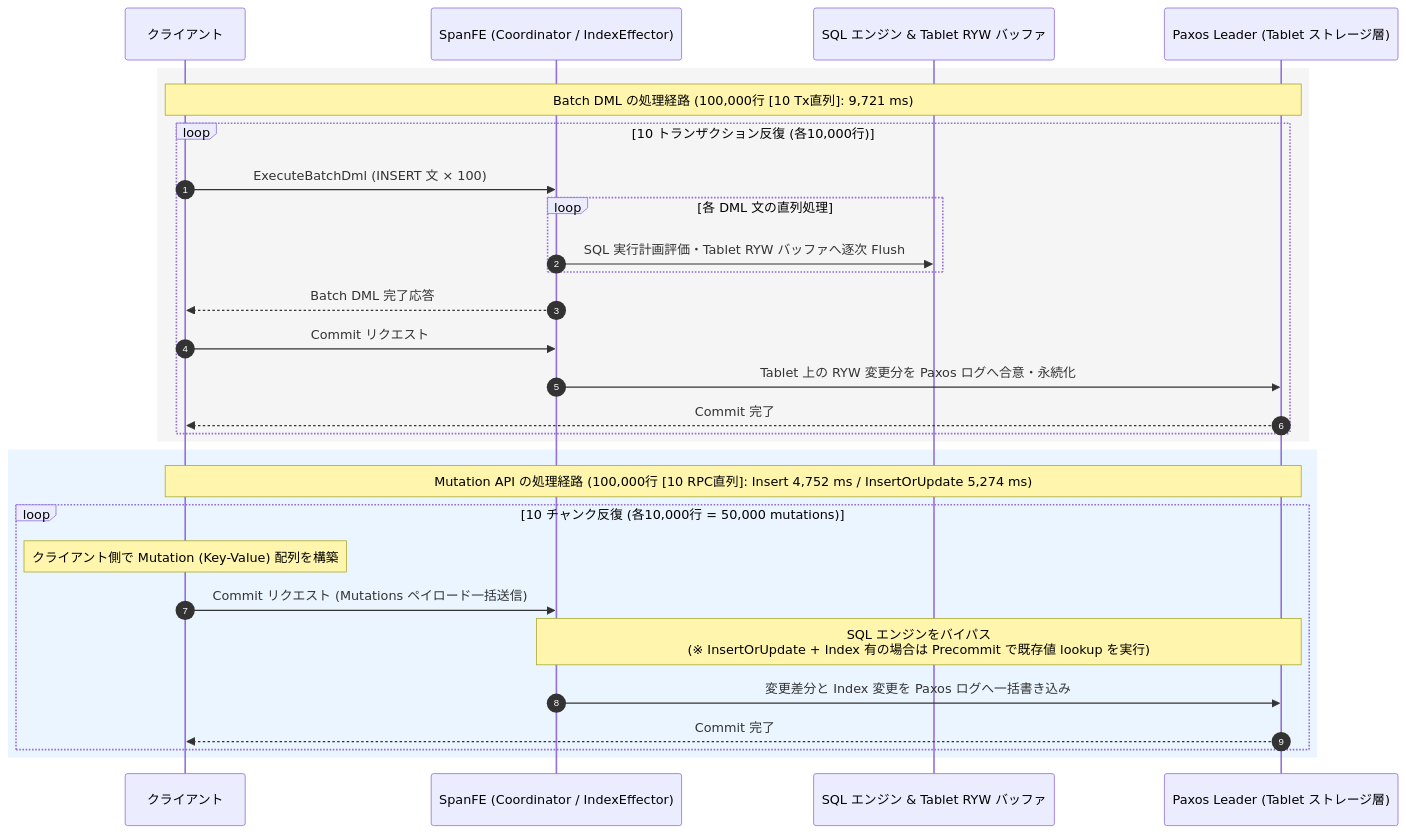
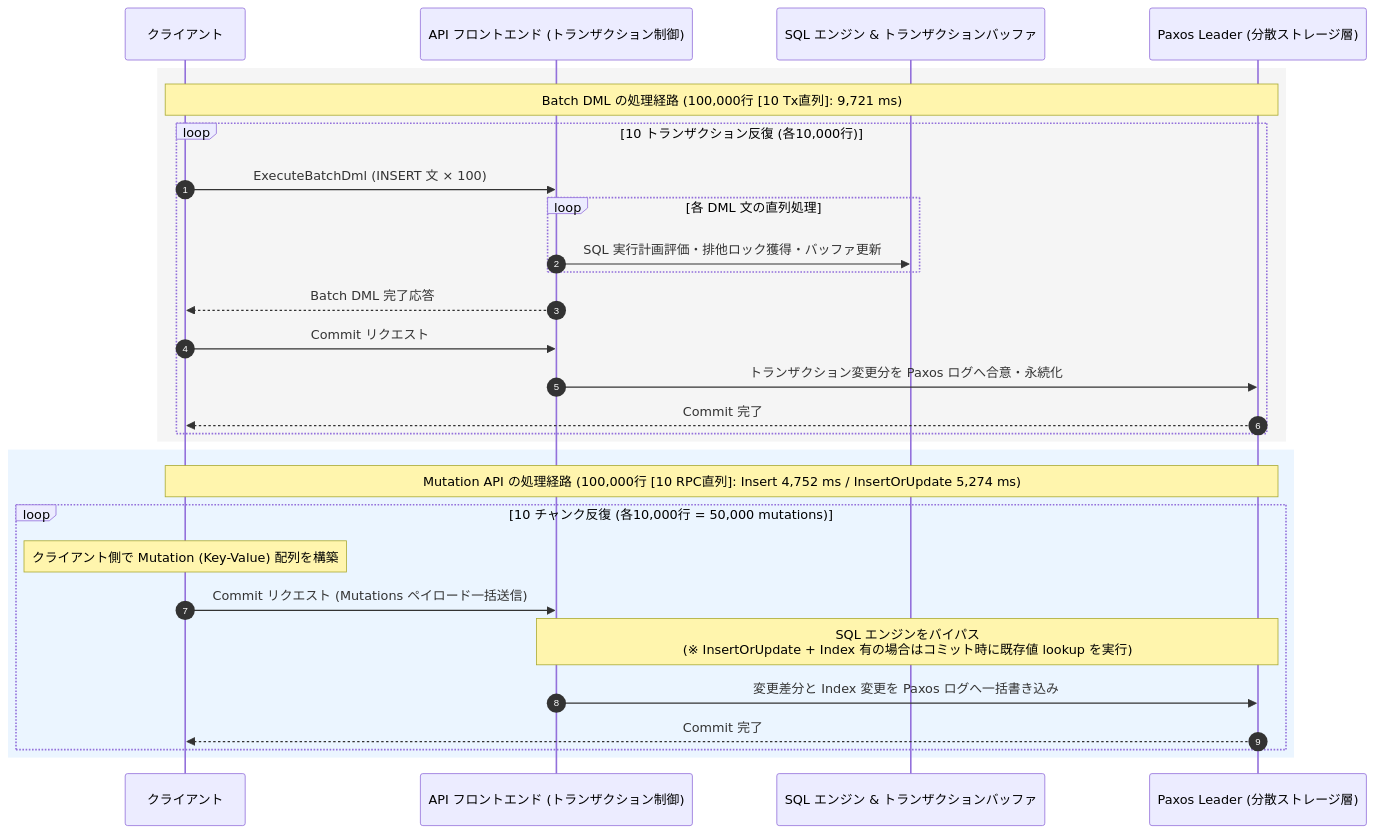
Before and after one commit to michity15169/zenn-content: the third of 6 diagrams in articles/7aad16e9b5760d.md, drawn with Mermaid. The commit also changed other lines of this file, not shown here.

Commit message:
docs: 社内用語(SpanFE, Tablet等)を公式ドキュメントの一般公開表現に統一

````diff
--- a/articles/7aad16e9b5760d.md
+++ b/articles/7aad16e9b5760d.md
@@ -315,33 +315,33 @@
 ```mermaid
 sequenceDiagram
     autonumber
     participant C as クライアント
-    participant FE as SpanFE (Coordinator / IndexEffector)
-    participant SQL as SQL エンジン & Tablet RYW バッファ
-    participant P as Paxos Leader (Tablet ストレージ層)
+    participant FE as API フロントエンド (トランザクション制御)
+    participant SQL as SQL エンジン & トランザクションバッファ
+    participant P as Paxos Leader (分散ストレージ層)
 
     rect rgb(245, 245, 245)
     Note over C,P: Batch DML の処理経路 (100,000行 [10 Tx直列]: 9,721 ms)
     loop 10 トランザクション反復 (各10,000行)
         C->>FE: ExecuteBatchDml (INSERT 文 × 100)
         loop 各 DML 文の直列処理
-            FE->>SQL: SQL 実行計画評価・Tablet RYW バッファへ逐次 Flush
+            FE->>SQL: SQL 実行計画評価・排他ロック獲得・バッファ更新
         end
         FE-->>C: Batch DML 完了応答
         C->>FE: Commit リクエスト
-        FE->>P: Tablet 上の RYW 変更分を Paxos ログへ合意・永続化
+        FE->>P: トランザクション変更分を Paxos ログへ合意・永続化
         P-->>C: Commit 完了
     end
     end
 
     rect rgb(235, 245, 255)
     Note over C,P: Mutation API の処理経路 (100,000行 [10 RPC直列]: Insert 4,752 ms / InsertOrUpdate 5,274 ms)
     loop 10 チャンク反復 (各10,000行 = 50,000 mutations)
         Note over C: クライアント側で Mutation (Key-Value) 配列を構築
         C->>FE: Commit リクエスト (Mutations ペイロード一括送信)
-        Note over FE,P: SQL エンジンをバイパス<br/>(※ InsertOrUpdate + Index 有の場合は Precommit で既存値 lookup を実行)
+        Note over FE,P: SQL エンジンをバイパス<br/>(※ InsertOrUpdate + Index 有の場合はコミット時に既存値 lookup を実行)
         FE->>P: 変更差分と Index 変更を Paxos ログへ一括書き込み
         P-->>C: Commit 完了
     end
     end
 ```
````
